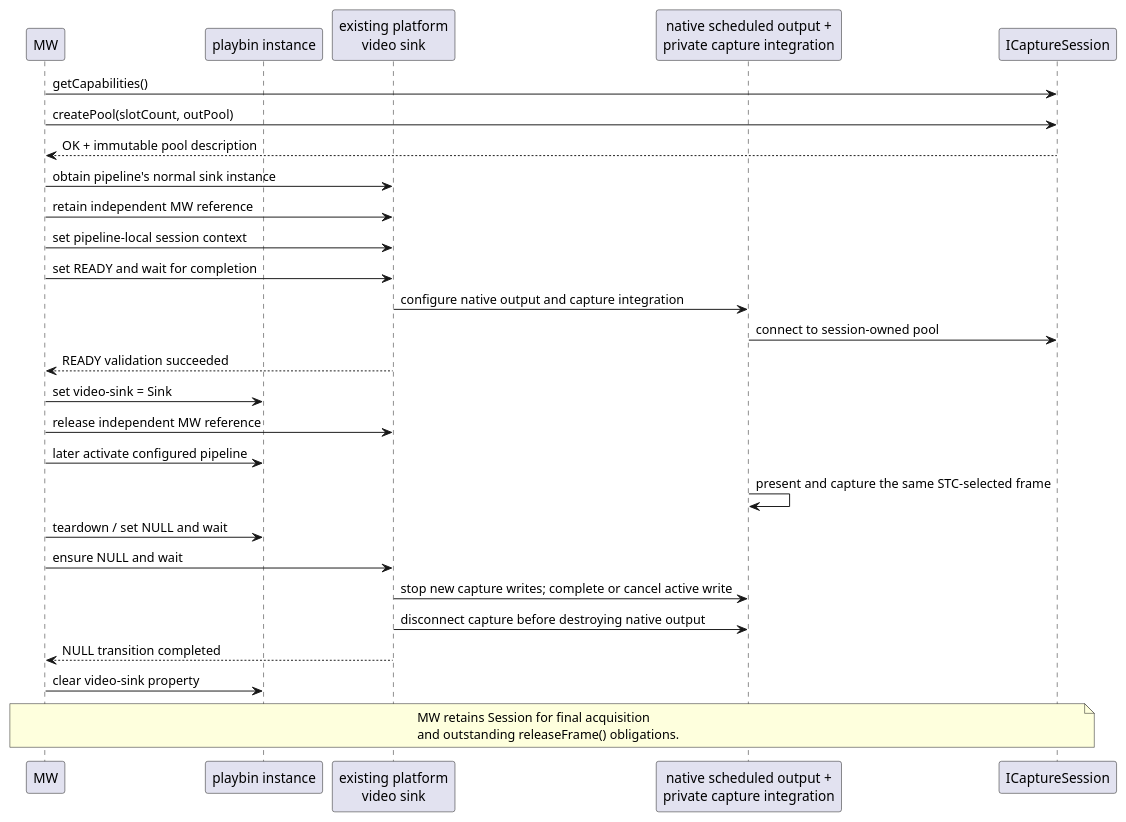
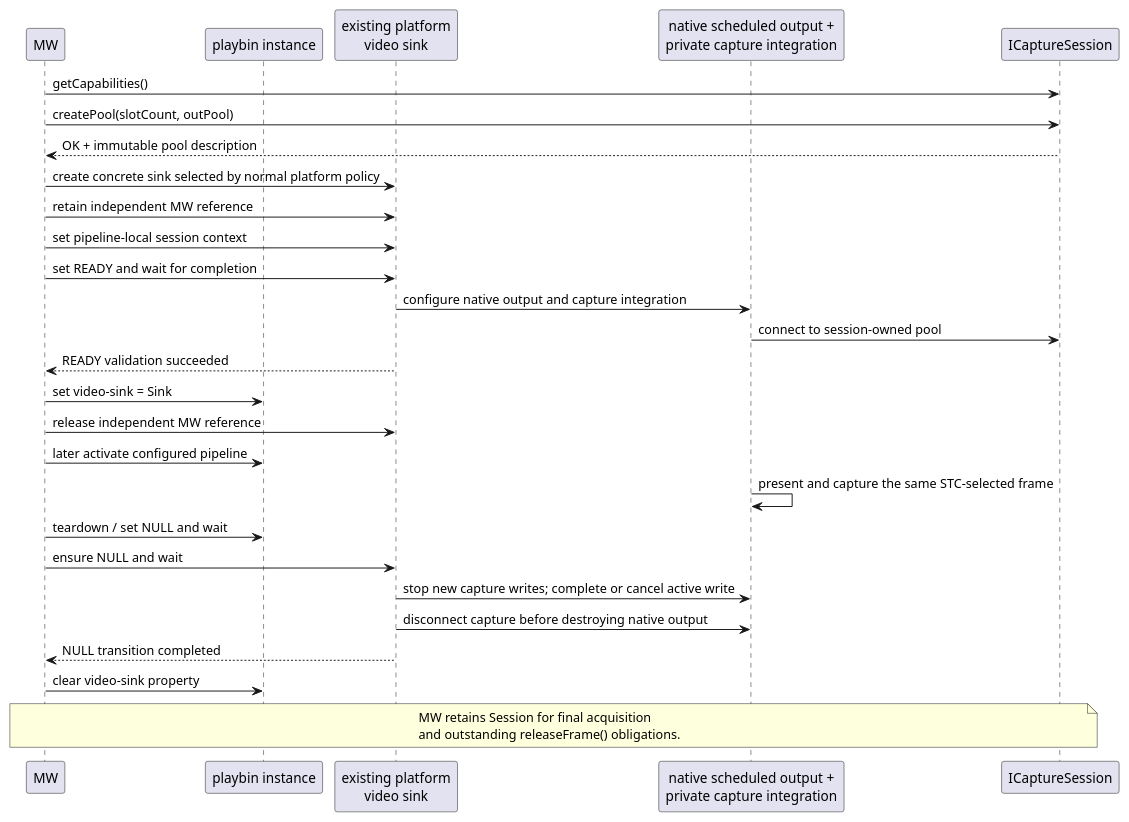
The diagram in doc/Media_Pipeline/SPECIFICATION-soc-video-frame-capture.md (rdkcentral/rdk-hpk-documentation), drawn with PlantUML before and after one commit. The commit also changed other lines of this file, not shown here.

First line of the commit message:
Require platform policy to resolve concrete video sink before READY and provide runnable plumbing prototype proving selection, context timing, and teardown

````diff
--- a/doc/Media_Pipeline/SPECIFICATION-soc-video-frame-capture.md
+++ b/doc/Media_Pipeline/SPECIFICATION-soc-video-frame-capture.md
@@ -215,35 +218,35 @@
 ```plantuml
 @startuml
 participant MW
 participant "playbin instance" as Playbin
 participant "existing platform\nvideo sink" as Sink
 participant "native scheduled output +\nprivate capture integration" as Output
 participant ICaptureSession as Session
 
 MW -> Session: getCapabilities()
 MW -> Session: createPool(slotCount, outPool)
 Session --> MW: OK + immutable pool description
-MW -> Sink: obtain pipeline's normal sink instance
+MW -> Sink: create concrete sink selected by normal platform policy
 MW -> Sink: retain independent MW reference
 MW -> Sink: set pipeline-local session context
 MW -> Sink: set READY and wait for completion
 Sink -> Output: configure native output and capture integration
 Output -> Session: connect to session-owned pool
 Sink --> MW: READY validation succeeded
 MW -> Playbin: set video-sink = Sink
 MW -> Sink: release independent MW reference
 MW -> Playbin: later activate configured pipeline
 Output -> Output: present and capture the same STC-selected frame
 
 MW -> Playbin: teardown / set NULL and wait
 MW -> Sink: ensure NULL and wait
 Sink -> Output: stop new capture writes; complete or cancel active write
 Sink -> Output: disconnect capture before destroying native output
 Sink --> MW: NULL transition completed
 MW -> Playbin: clear video-sink property
 note over MW,Session
 MW retains Session for final acquisition
 and outstanding releaseFrame() obligations.
 end note
 @enduml
 ```
````
